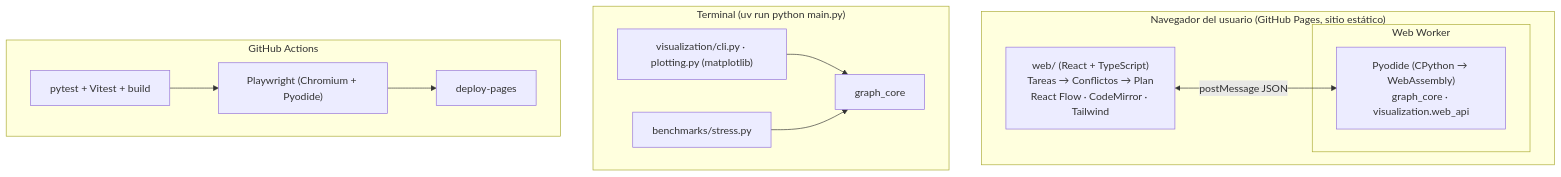
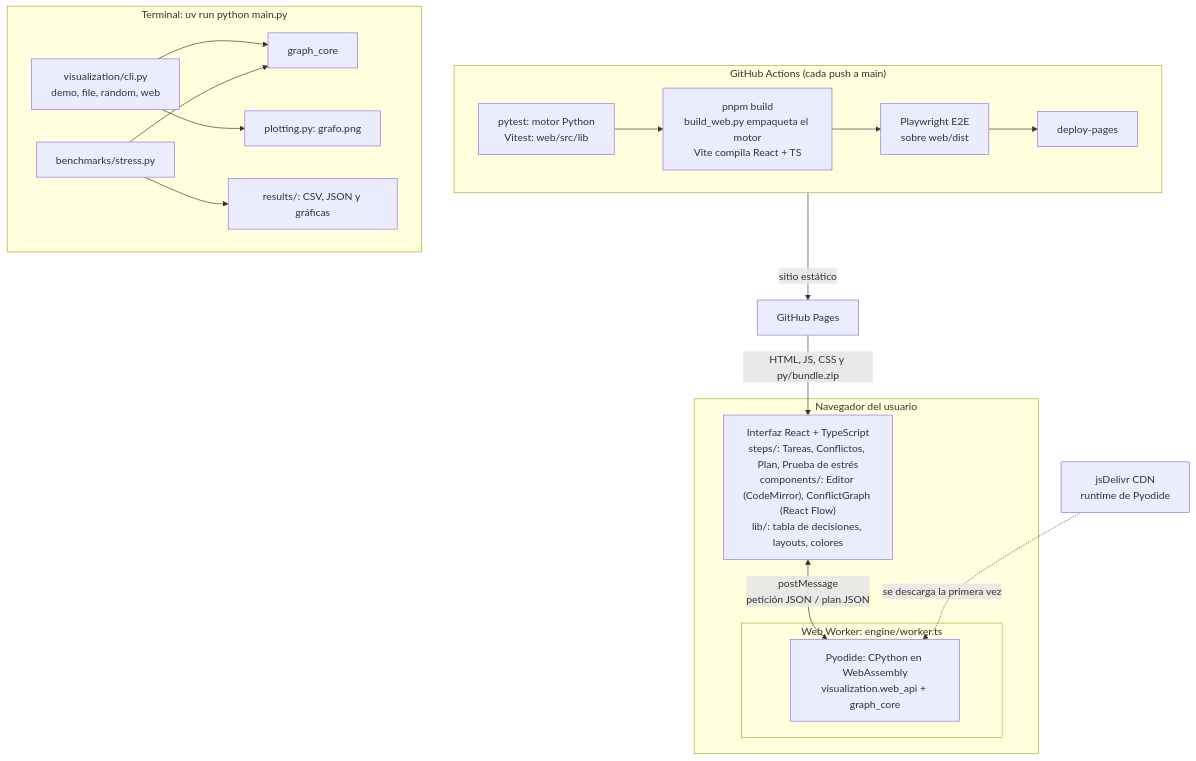
Before and after one commit to Djch18AtSchool/graph-resource-planner: the first of 3 diagrams in docs/ARQUITECTURA.md, drawn with Mermaid. The commit also changed other lines of this file and 2 other files, not shown here.

First line of the commit message:
docs: corregir diagramas de arquitectura y agregar guion del video

````diff
--- a/docs/ARQUITECTURA.md
+++ b/docs/ARQUITECTURA.md
@@ -31,17 +31,24 @@
 ```mermaid
 flowchart TB
-    subgraph Navegador["Navegador del usuario (GitHub Pages, sitio estático)"]
-      UI["web/ (React + TypeScript)<br/>Tareas → Conflictos → Plan<br/>React Flow · CodeMirror · Tailwind"]
-      subgraph Worker["Web Worker"]
-        PY["Pyodide (CPython → WebAssembly)<br/>graph_core · visualization.web_api"]
+    subgraph CI["GitHub Actions (cada push a main)"]
+      direction LR
+      T1["pytest: motor Python<br/>Vitest: web/src/lib"] --> B1["pnpm build<br/>build_web.py empaqueta el motor<br/>Vite compila React + TS"]
+      B1 --> E1["Playwright E2E<br/>sobre web/dist"] --> D1["deploy-pages"]
+    end
+    D1 -->|"sitio estático"| GH["GitHub Pages"]
+    GH -->|"HTML, JS, CSS y py/bundle.zip"| UI
+    subgraph Navegador["Navegador del usuario"]
+      UI["Interfaz React + TypeScript<br/>steps/: Tareas, Conflictos, Plan, Prueba de estrés<br/>components/: Editor (CodeMirror), ConflictGraph (React Flow)<br/>lib/: tabla de decisiones, layouts, colores"]
+      subgraph Worker["Web Worker: engine/worker.ts"]
+        PY["Pyodide: CPython en WebAssembly<br/>visualization.web_api + graph_core"]
       end
-      UI <-->|postMessage JSON| PY
+      UI <-->|"postMessage<br/>petición JSON / plan JSON"| PY
     end
-    subgraph Terminal["Terminal (uv run python main.py)"]
-      CLI["visualization/cli.py · plotting.py (matplotlib)"] --> GC["graph_core"]
+    CDN["jsDelivr CDN<br/>runtime de Pyodide"] -.->|"se descarga la primera vez"| PY
+    subgraph Terminal["Terminal: uv run python main.py"]
+      CLI["visualization/cli.py<br/>demo, file, random, web"] --> GC["graph_core"]
+      CLI --> PLOT["plotting.py: grafo.png"]
       ST["benchmarks/stress.py"] --> GC
-    end
-    subgraph CI["GitHub Actions"]
-      TEST["pytest + Vitest + build"] --> E2E["Playwright (Chromium + Pyodide)"] --> DEP["deploy-pages"]
+      ST --> RES["results/: CSV, JSON y gráficas"]
     end
 ```
````
